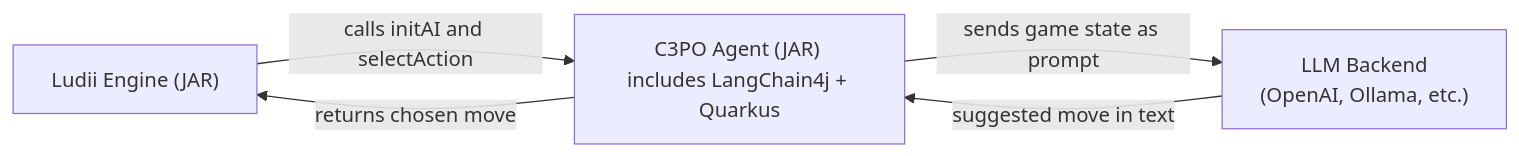
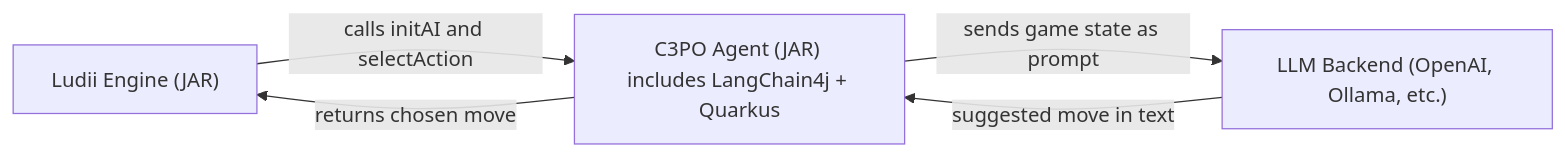
Before and after one commit to chiar0/C3PO: the diagram in README.md, drawn with Mermaid.

`````diff
--- a/README.md
+++ b/README.md
@@ -15,12 +15,12 @@
 ```mermaid
 flowchart LR
   LUDII["Ludii Engine (JAR)"]
   C3PO["C3PO Agent (JAR) includes LangChain4j + Quarkus"]
-  LLM["LLM Backend\n(OpenAI, Ollama, etc.)"]
+  LLM["LLM Backend (OpenAI, Ollama, etc.)"]
 
   LUDII -->|calls initAI and selectAction| C3PO
   C3PO -->|returns chosen move| LUDII
 
   C3PO -->|sends game state as prompt| LLM
   LLM -->|suggested move in text| C3PO
 ````
`````
